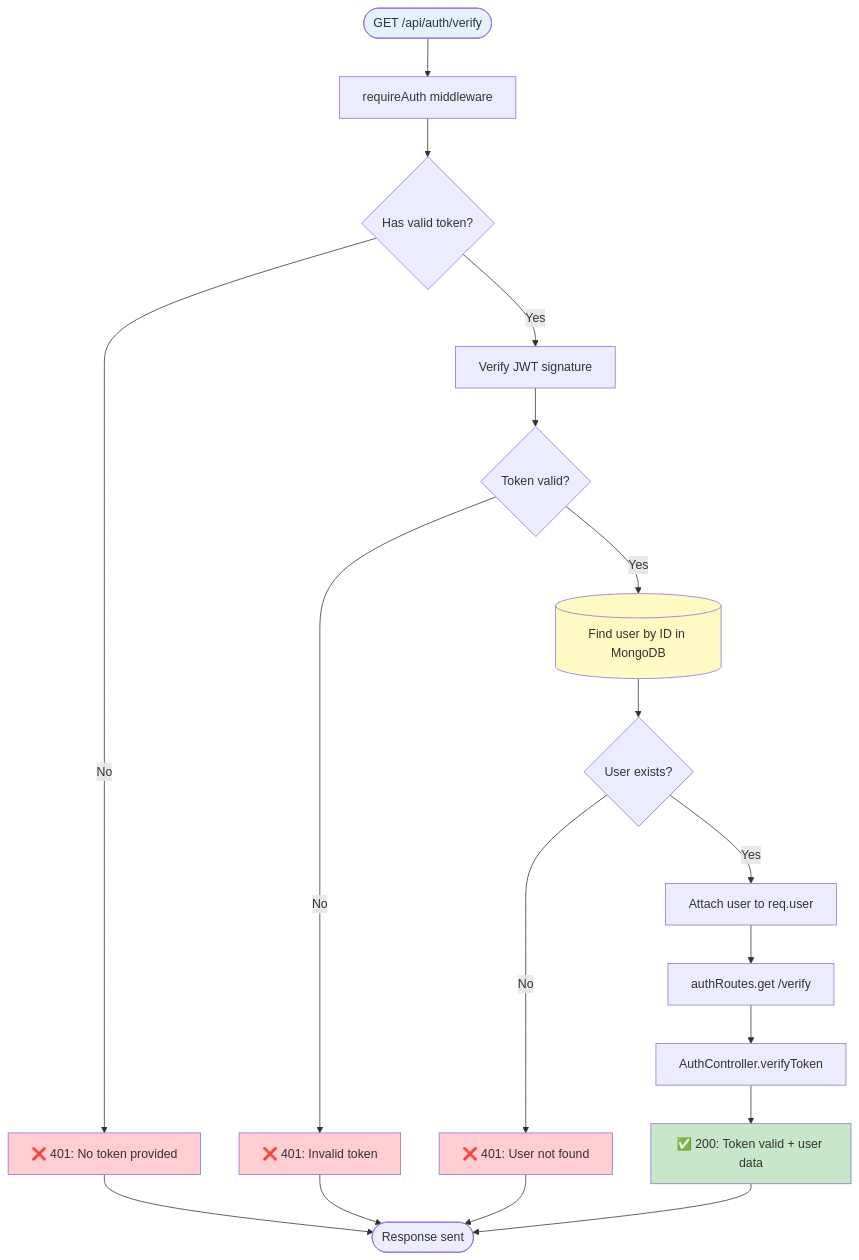
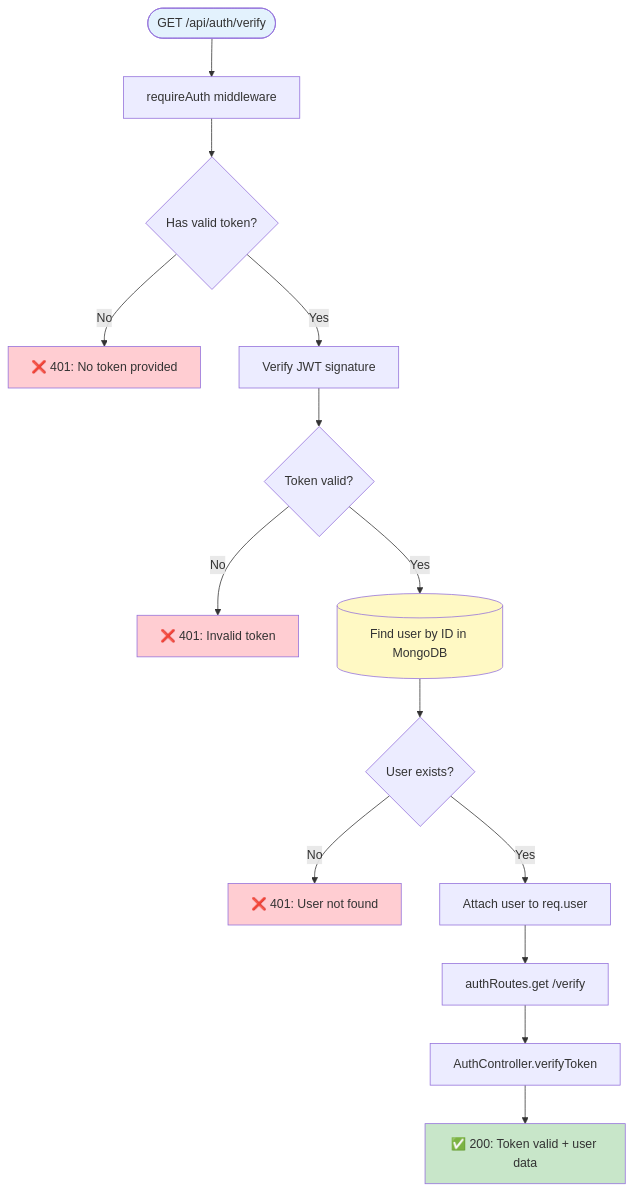
One commit to shmuelkapiloff/simple- changed the fourth of 26 diagrams in docs/SERVER_ENDPOINTS_MAP.md. Above: the diagram before and after it, drawn with Mermaid. The commit also changed other lines of this file, not shown here.

Commit message:
fix: Remove End nodes from flowcharts to fix GitHub Mermaid rendering

````diff
--- a/docs/SERVER_ENDPOINTS_MAP.md
+++ b/docs/SERVER_ENDPOINTS_MAP.md
@@ -216,32 +202,28 @@
 ```mermaid
 flowchart TD
     Request([GET /api/auth/verify]) --> RequireAuth[requireAuth middleware]
     
     RequireAuth --> CheckToken{Has valid token?}
     CheckToken -->|No| Return401["❌ 401: No token provided"]
     CheckToken -->|Yes| VerifyJWT[Verify JWT signature]
     
     VerifyJWT --> TokenValid{Token valid?}
     TokenValid -->|No| Return401Invalid["❌ 401: Invalid token"]
     TokenValid -->|Yes| FindUser[(Find user by ID in MongoDB)]
     
     FindUser --> UserExists{User exists?}
     UserExists -->|No| Return401User["❌ 401: User not found"]
     UserExists -->|Yes| AttachUser[Attach user to req.user]
     
     AttachUser --> RouteHandler[authRoutes.get /verify]
     RouteHandler --> Controller[AuthController.verifyToken]
     Controller --> Return200["✅ 200: Token valid + user data"]
     
-    Return401 --> End([Response sent])
-    Return401Invalid --> End
-    Return401User --> End
-    Return200 --> End
     
     style Request fill:#e3f2fd
     style Return200 fill:#c8e6c9
     style Return401 fill:#ffcdd2
     style Return401Invalid fill:#ffcdd2
     style Return401User fill:#ffcdd2
     style FindUser fill:#fff9c4
 ```
````
